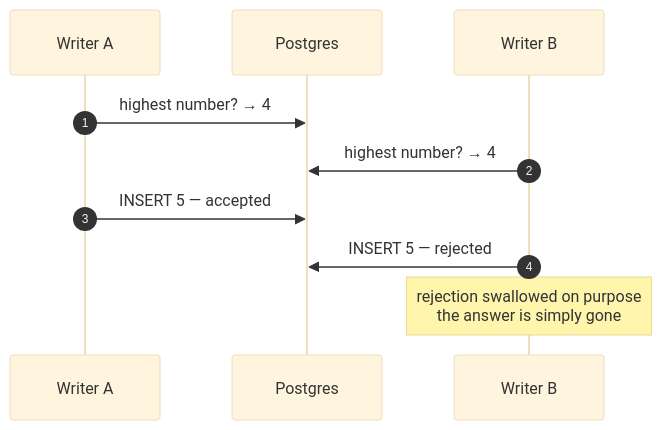
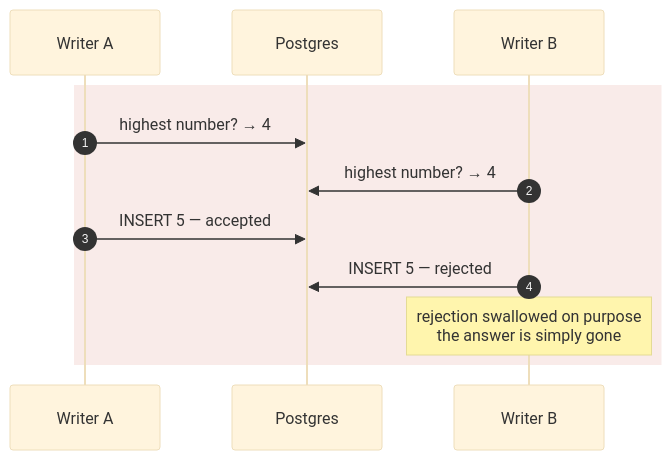
The seventh of 15 diagrams in docs/TESTING-SCALING.md (selvakumarperumal/Corporate_Filing_Analyzer_Agent), drawn with Mermaid (base theme) before and after one commit. The commit also changed other lines of this file, not shown here.

Commit message:
docs: style mermaid diagrams and add 'When it happens' context callouts across scaling test rows

````diff
--- a/docs/TESTING-SCALING.md
+++ b/docs/TESTING-SCALING.md
@@ -765,12 +867,14 @@
 ```mermaid
 sequenceDiagram
   autonumber
   participant A as Writer A
   participant DB as Postgres
   participant B as Writer B
-  A->>DB: highest number? → 4
-  B->>DB: highest number? → 4
-  A->>DB: INSERT 5 — accepted
-  B->>DB: INSERT 5 — rejected
-  Note over B: rejection swallowed on purpose<br/>the answer is simply gone
+  rect rgba(192, 57, 43, 0.10)
+    A->>DB: highest number? → 4
+    B->>DB: highest number? → 4
+    A->>DB: INSERT 5 — accepted
+    B->>DB: INSERT 5 — rejected
+    Note over B: rejection swallowed on purpose<br/>the answer is simply gone
+  end
 ```
````
